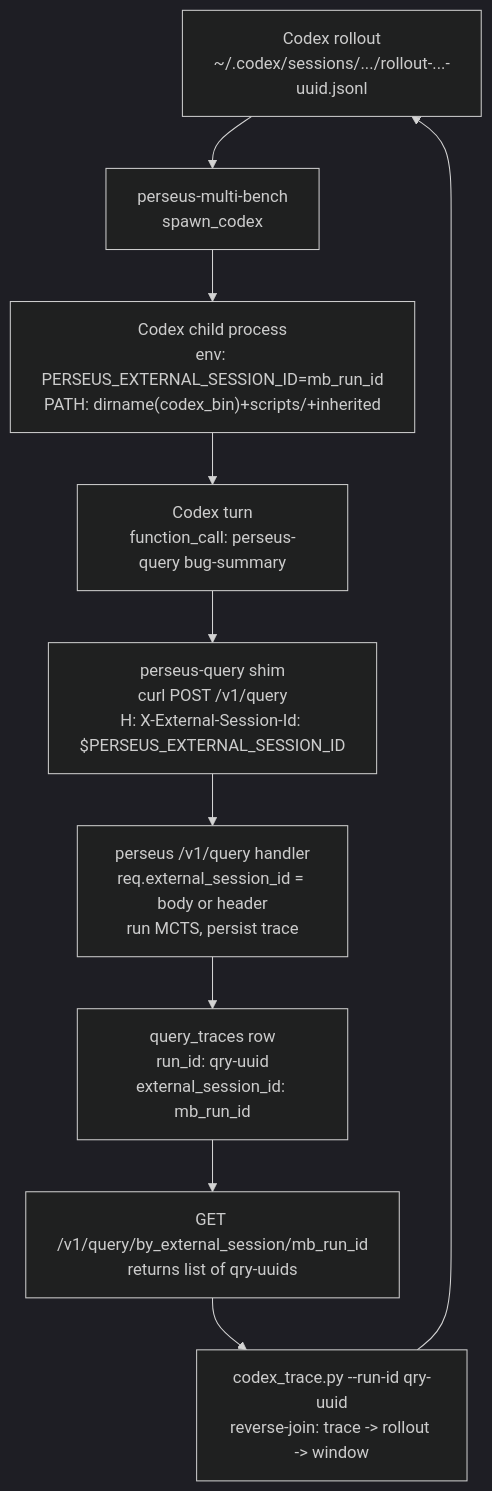
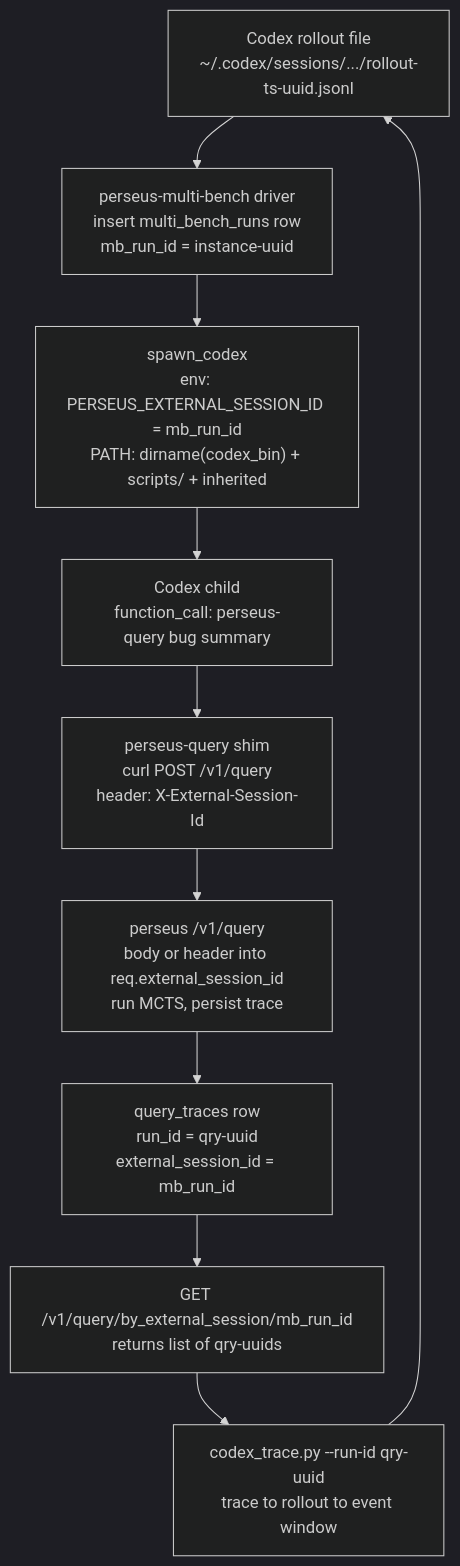
The first of 2 diagrams in src/content/essays/codex-integration.mdx (samrathchadha/perseusresearch), drawn with Mermaid (dark theme) before and after one commit. The commit also changed other lines of this file and 27 other files, not shown here.

````diff
--- a/src/content/essays/codex-integration.mdx
+++ b/src/content/essays/codex-integration.mdx
@@ -312,12 +232,14 @@
 ```mermaid
 flowchart TD
-    A["Codex rollout\n~/.codex/sessions/.../rollout-...-uuid.jsonl"] --> B["perseus-multi-bench\nspawn_codex"]
-    B --> C["Codex child process\nenv: PERSEUS_EXTERNAL_SESSION_ID=mb_run_id\nPATH: dirname(codex_bin)+scripts/+inherited"]
-    C --> D["Codex turn\nfunction_call: perseus-query bug-summary"]
-    D --> E["perseus-query shim\ncurl POST /v1/query\nH: X-External-Session-Id: $PERSEUS_EXTERNAL_SESSION_ID"]
-    E --> F["perseus /v1/query handler\nreq.external_session_id = body or header\nrun MCTS, persist trace"]
-    F --> G["query_traces row\nrun_id: qry-uuid\nexternal_session_id: mb_run_id"]
-    G --> H["GET /v1/query/by_external_session/mb_run_id\nreturns list of qry-uuids"]
-    H --> I["codex_trace.py --run-id qry-uuid\nreverse-join: trace -> rollout -> window"]
-    I --> A
+    A["Codex rollout file<br/>~/.codex/sessions/.../rollout-ts-uuid.jsonl"]
+    B["perseus-multi-bench driver<br/>insert multi_bench_runs row<br/>mb_run_id = instance-uuid"]
+    C["spawn_codex<br/>env: PERSEUS_EXTERNAL_SESSION_ID = mb_run_id<br/>PATH: dirname(codex_bin) + scripts/ + inherited"]
+    D["Codex child<br/>function_call: perseus-query bug summary"]
+    E["perseus-query shim<br/>curl POST /v1/query<br/>header: X-External-Session-Id"]
+    F["perseus /v1/query<br/>body or header into req.external_session_id<br/>run MCTS, persist trace"]
+    G["query_traces row<br/>run_id = qry-uuid<br/>external_session_id = mb_run_id"]
+    H["GET /v1/query/by_external_session/mb_run_id<br/>returns list of qry-uuids"]
+    I["codex_trace.py --run-id qry-uuid<br/>trace to rollout to event window"]
+
+    A --> B --> C --> D --> E --> F --> G --> H --> I --> A
 ```
````
